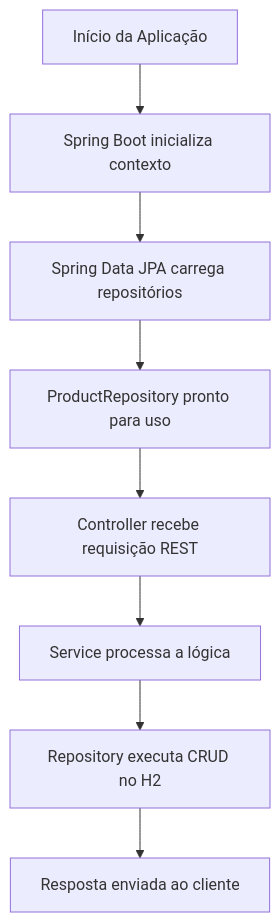
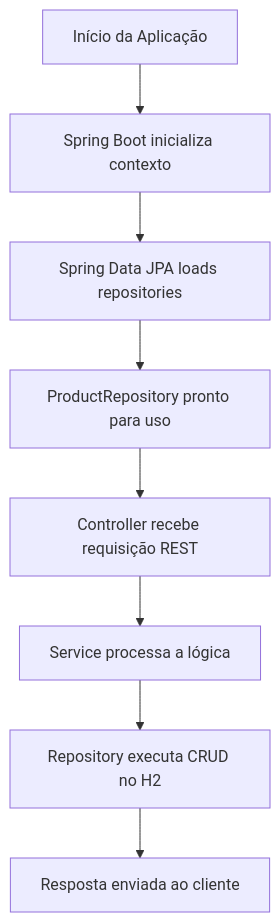
The diagram in README.md (KleberVales/spring-data-jpa-demo), drawn with Mermaid before and after one commit.

````diff
--- a/README.md
+++ b/README.md
@@ -92,10 +92,10 @@
 ```mermaid
 flowchart TD
     A[Início da Aplicação] --> B[Spring Boot inicializa contexto]
-    B --> C[Spring Data JPA carrega repositórios]
+    B --> C[Spring Data JPA loads repositories]
     C --> D[ProductRepository pronto para uso]
     D --> E[Controller recebe requisição REST]
     E --> F[Service processa a lógica]
     F --> G[Repository executa CRUD no H2]
     G --> H[Resposta enviada ao cliente]
 ```
````
